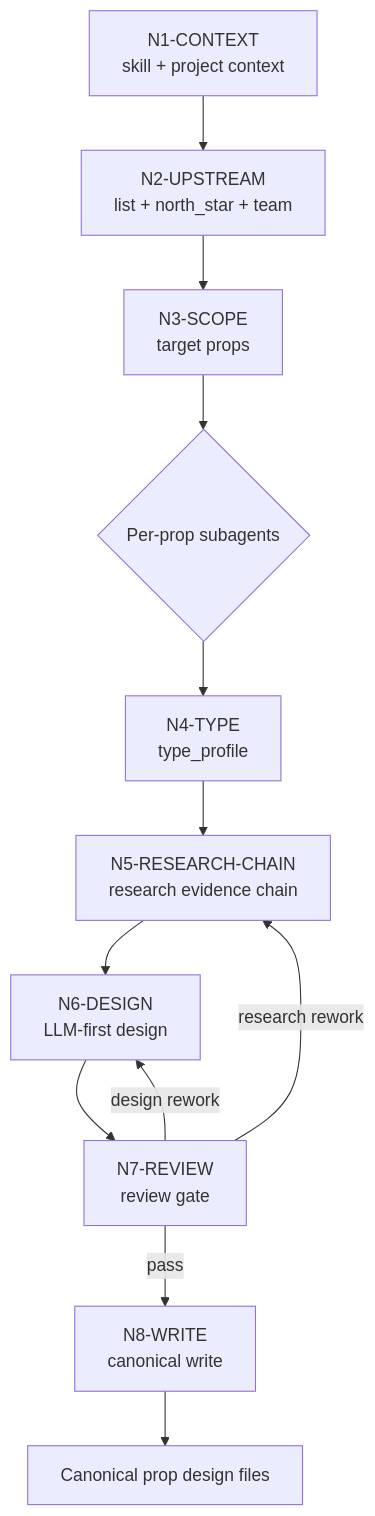
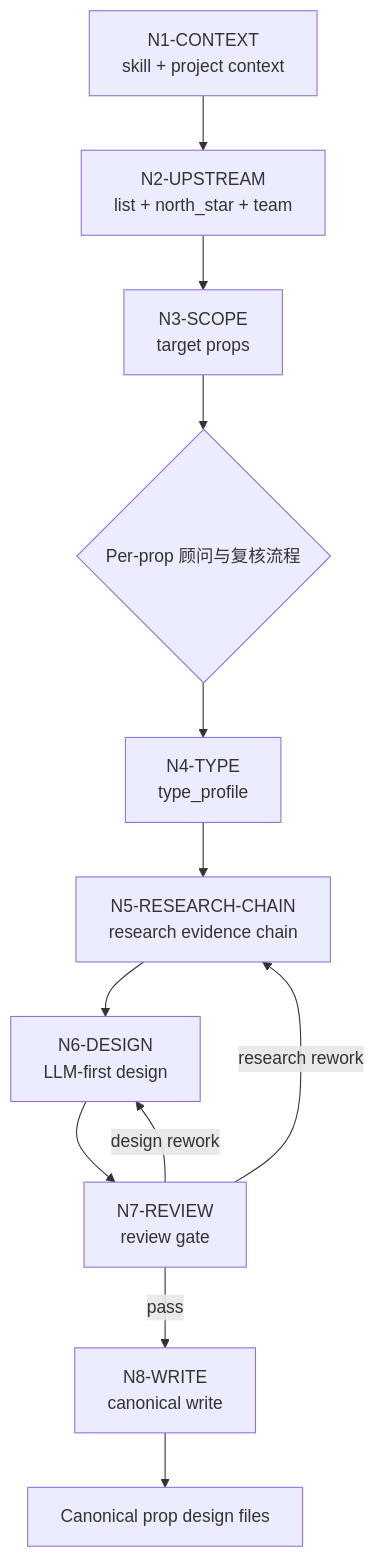
One commit to ZEN-VOID/AI-CUT changed the diagram in .agents/skills/aigc/7-设计/道具/2-设计/steps/prop-design-workflow.md. Above: the diagram before and after it, drawn with Mermaid. The commit also changed other lines of this file and 137 other files, not shown here.

````diff
--- a/.agents/skills/aigc/7-设计/道具/2-设计/steps/prop-design-workflow.md
+++ b/.agents/skills/aigc/7-设计/道具/2-设计/steps/prop-design-workflow.md
@@ -41,14 +41,14 @@
 ```mermaid
 flowchart TD
     A["N1-CONTEXT<br/>skill + project context"] --> B["N2-UPSTREAM<br/>list + north_star + team"]
     B --> C["N3-SCOPE<br/>target props"]
-    C --> D{"Per-prop subagents"}
+    C --> D{"Per-prop 顾问与复核流程"}
     D --> E["N4-TYPE<br/>type_profile"]
     E --> F["N5-RESEARCH-CHAIN<br/>research evidence chain"]
     F --> G["N6-DESIGN<br/>LLM-first design"]
     G --> H["N7-REVIEW<br/>review gate"]
     H -->|"pass"| I["N8-WRITE<br/>canonical write"]
     H -->|"research rework"| F
     H -->|"design rework"| G
     I --> J["Canonical prop design files"]
 ```
````
